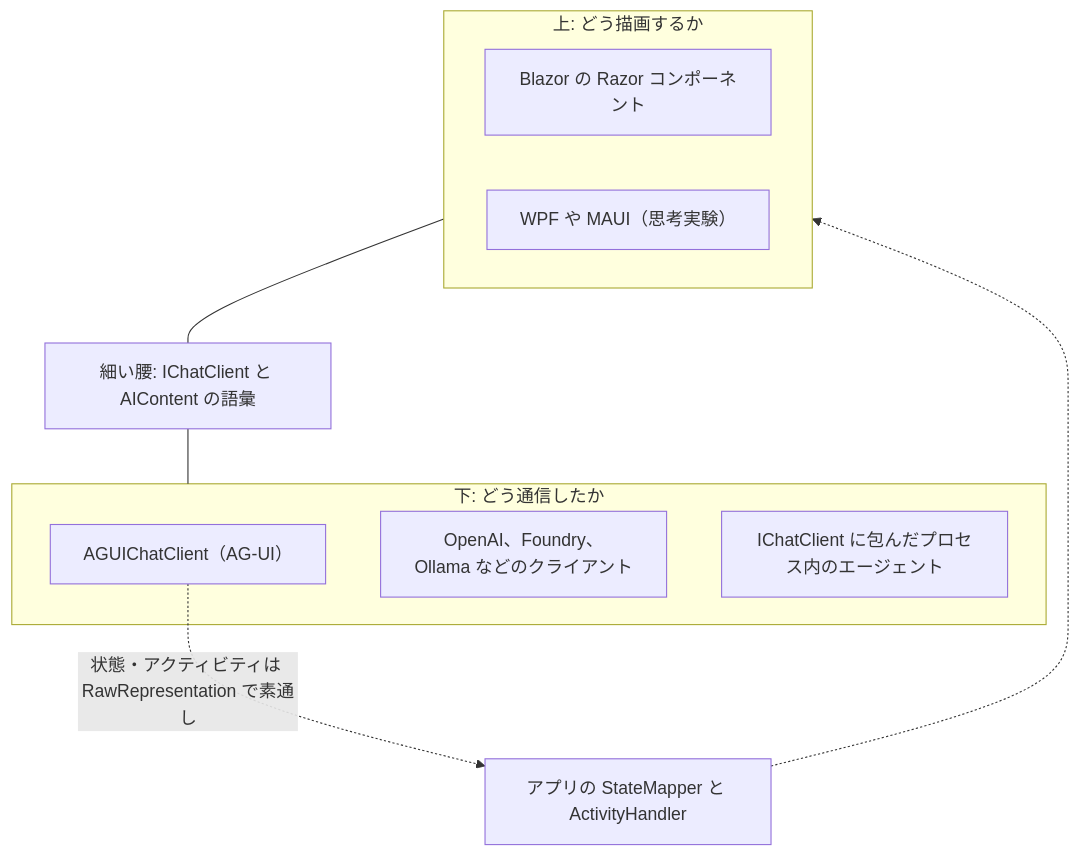
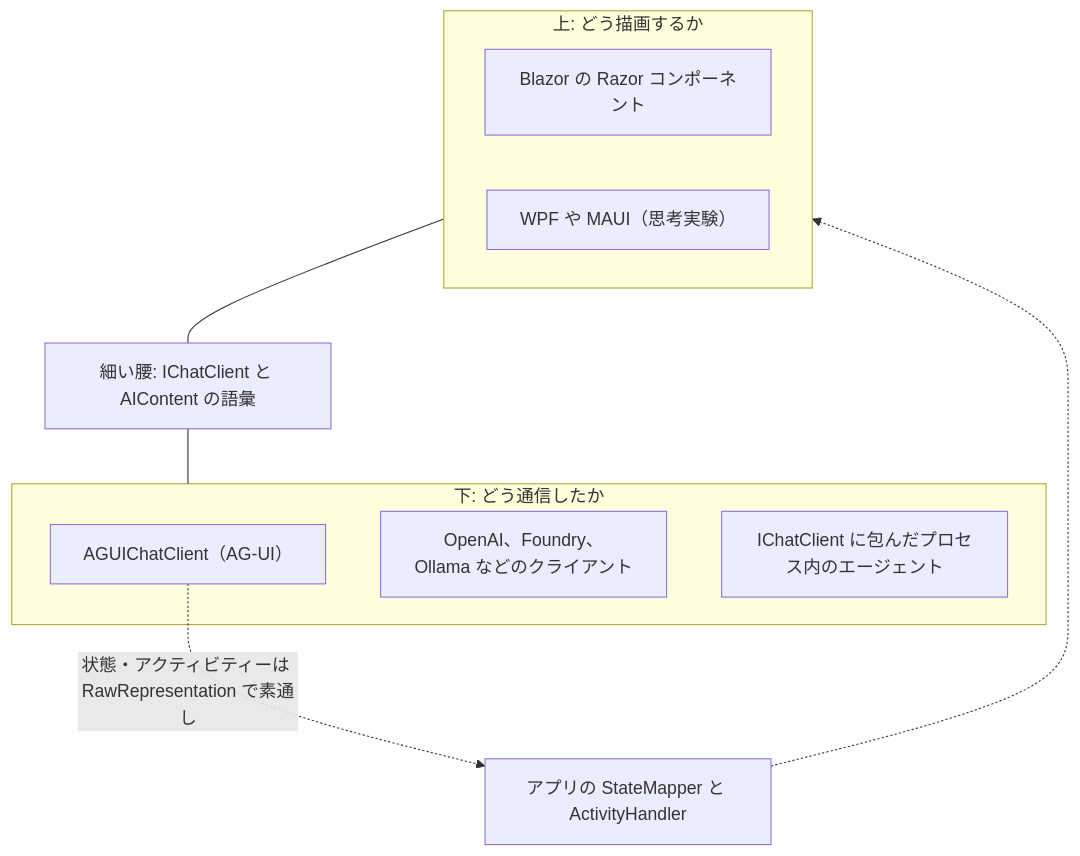
Before and after one commit to yoichiozaki/yoichiozaki.github.io: the second of 5 diagrams in content/blog/ja/agentic-ui-runtime-abstractions.mdx, drawn with Mermaid. The commit also changed other lines of this file and 117 other files, not shown here.

````diff
--- a/content/blog/ja/agentic-ui-runtime-abstractions.mdx
+++ b/content/blog/ja/agentic-ui-runtime-abstractions.mdx
@@ -207,17 +207,17 @@
 ```mermaid
 flowchart TB
     subgraph Above["上: どう描画するか"]
         R1["Blazor の Razor コンポーネント"]
         R2["WPF や MAUI（思考実験）"]
     end
     W["細い腰: IChatClient と AIContent の語彙"]
     subgraph Below["下: どう通信したか"]
         P1["AGUIChatClient（AG-UI）"]
         P2["OpenAI、Foundry、Ollama などのクライアント"]
         P3["IChatClient に包んだプロセス内のエージェント"]
     end
     Above --- W
     W --- Below
-    P1 -.->|"状態・アクティビティは RawRepresentation で素通し"| SM["アプリの StateMapper と ActivityHandler"]
+    P1 -.->|"状態・アクティビティーは RawRepresentation で素通し"| SM["アプリの StateMapper と ActivityHandler"]
     SM -.-> Above
 ```
````
